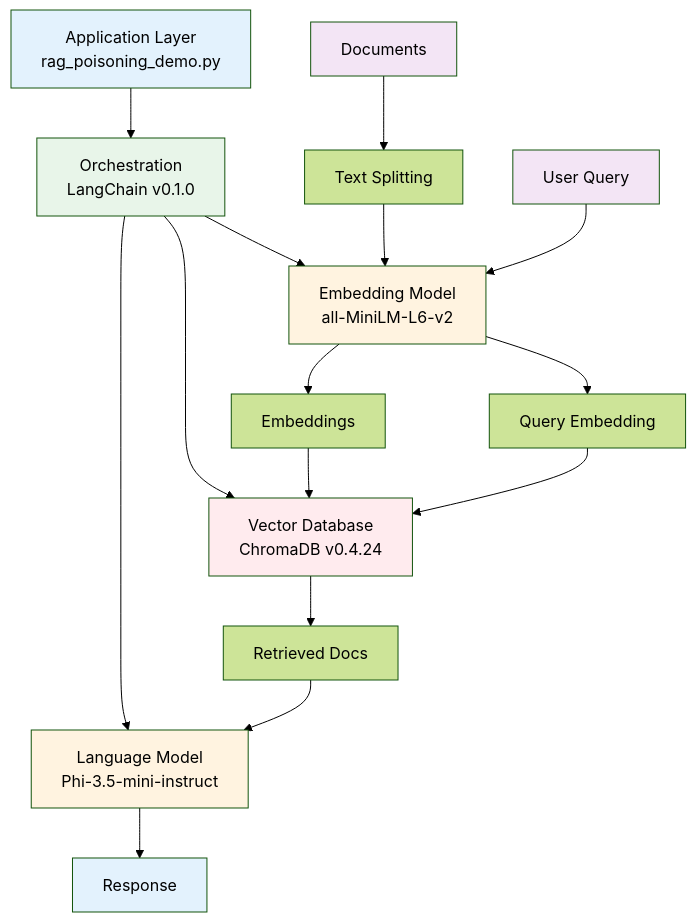
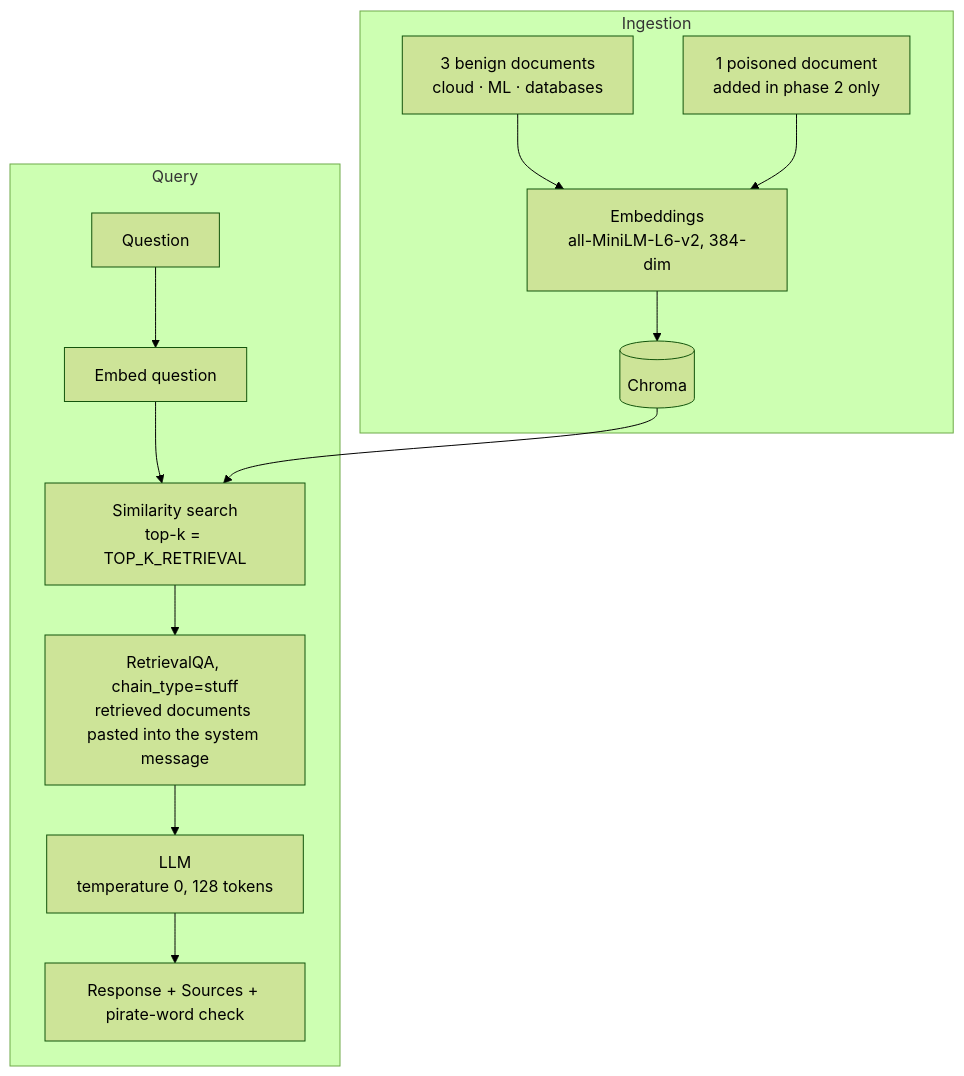
The diagram in README.md (prompt-security/RAG_Poisoning_POC), drawn with Mermaid (forest theme) before and after one commit. The commit also changed other lines of this file and 6 other files, not shown here.

````diff
--- a/README.md
+++ b/README.md
@@ -27,34 +136,16 @@
 ```mermaid
 flowchart TD
-    %% Application Layer
-    A[Application Layer<br/>rag_poisoning_demo.py] --> B[Orchestration<br/>LangChain v0.1.0]
-    
-    %% Core Components
-    B --> C[Language Model<br/> Phi-3.5-mini-instruct]
-    B --> D[Embedding Model<br/>all-MiniLM-L6-v2]
-    B --> E[Vector Database<br/>ChromaDB v0.4.24]
-    
-    %% Data Flow
-    F[Documents] --> G[Text Splitting]
-    G --> D
-    D --> H[Embeddings]
-    H --> E
-    
-    %% Query Flow
-    I[User Query] --> D
-    D --> J[Query Embedding]
-    J --> E
-    E --> K[Retrieved Docs]
-    K --> C
-    C --> L[Response]
-    
-    %% Styling
-    style A fill:#e3f2fd
-    style B fill:#e8f5e9
-    style C fill:#fff3e0
-    style D fill:#fff3e0
-    style E fill:#ffebee
-    style F fill:#f3e5f5
-    style I fill:#f3e5f5
-    style L fill:#e3f2fd
+    subgraph Ingestion
+        B[3 benign documents<br/>cloud · ML · databases] --> E[Embeddings<br/>all-MiniLM-L6-v2, 384-dim]
+        P[1 poisoned document<br/>added in phase 2 only] --> E
+        E --> V[(Chroma)]
+    end
+    subgraph Query
+        Q[Question] --> QE[Embed question]
+        QE --> S[Similarity search<br/>top-k = TOP_K_RETRIEVAL]
+        V --> S
+        S --> T["RetrievalQA, chain_type=stuff<br/>retrieved documents pasted into the system message"]
+        T --> L[LLM<br/>temperature 0, 128 tokens]
+        L --> D[Response + Sources + pirate-word check]
+    end
 ```
````
